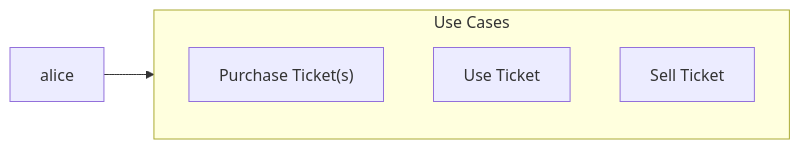
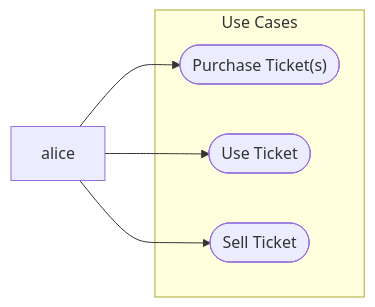
Before and after one commit to openwallet-foundation/architecture-sig: the first of 2 diagrams in docs/use-cases/event-use-case.md, drawn with Mermaid.

Commit message:
Fix use case diagram

````diff
--- a/docs/use-cases/event-use-case.md
+++ b/docs/use-cases/event-use-case.md
@@ -8,10 +8,10 @@
 ```mermaid
 flowchart LR
   alice
   subgraph uc[Use Cases]
-    uc1["Purchase Ticket(s)"]
-    uc2[Use Ticket]
-    uc3[Sell Ticket]
+    uc1(["Purchase Ticket(s)"])
+    uc2([Use Ticket])
+    uc3([Sell Ticket])
   end
-  alice-->uc
+  alice-->uc1 & uc2 & uc3
 ```
````
